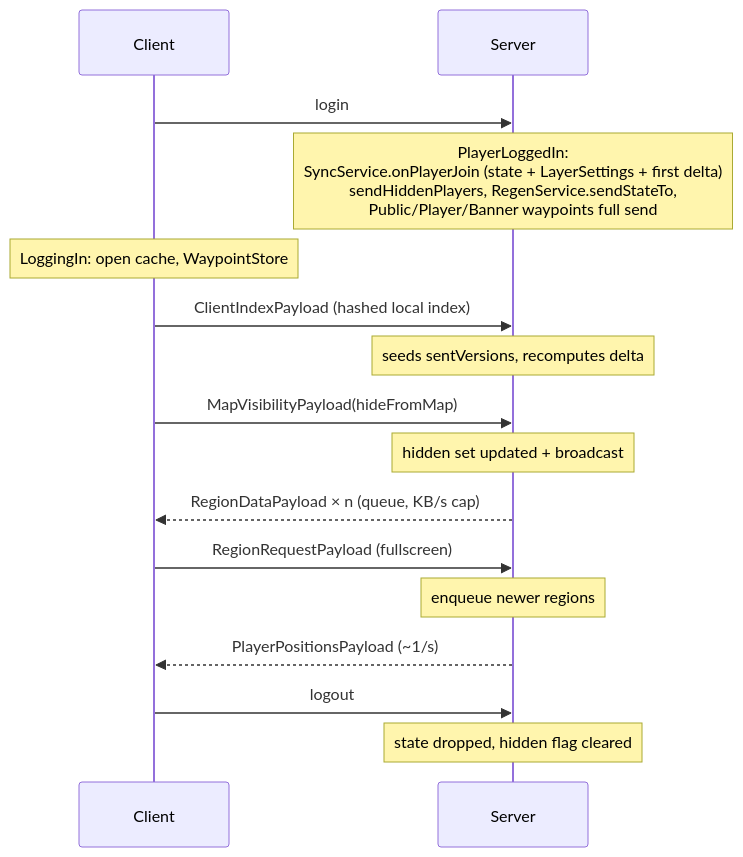
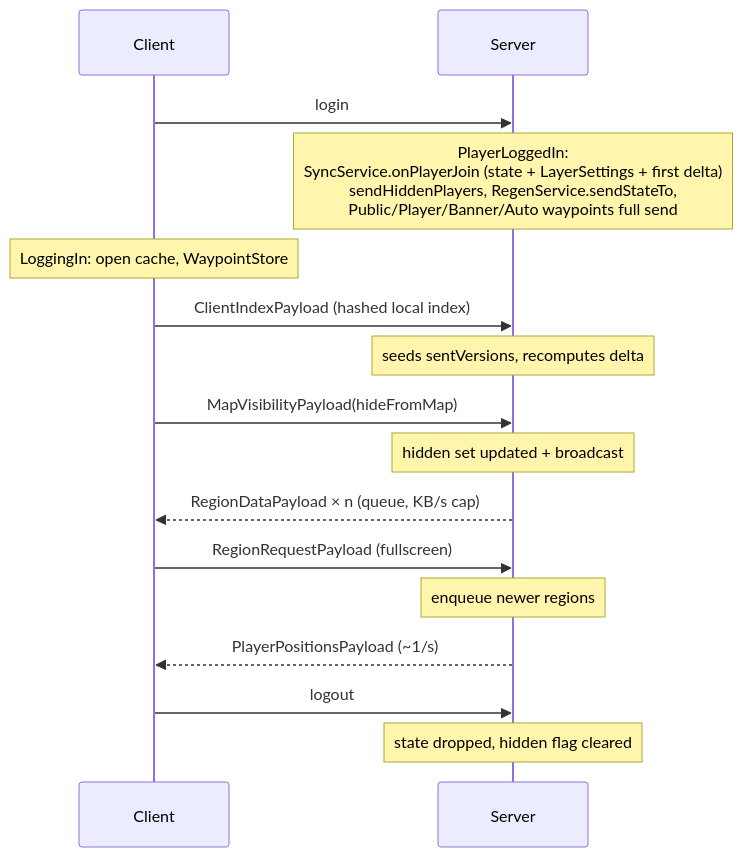
The diagram in docs/specs/03-sync-protocol.md (CheeseGrinder/shared-journey), drawn with Mermaid before and after one commit. The commit also changed other lines of this file and 37 other files, not shown here.

````diff
--- a/docs/specs/03-sync-protocol.md
+++ b/docs/specs/03-sync-protocol.md
@@ -9,18 +9,18 @@
 ```mermaid
 sequenceDiagram
     participant C as Client
     participant S as Server
     C->>S: login
-    Note over S: PlayerLoggedIn:<br/>SyncService.onPlayerJoin (state + LayerSettings + first delta)<br/>sendHiddenPlayers, RegenService.sendStateTo,<br/>Public/Player/Banner waypoints full send
+    Note over S: PlayerLoggedIn:<br/>SyncService.onPlayerJoin (state + LayerSettings + first delta)<br/>sendHiddenPlayers, RegenService.sendStateTo,<br/>Public/Player/Banner/Auto waypoints full send
     Note over C: LoggingIn: open cache, WaypointStore
     C->>S: ClientIndexPayload (hashed local index)
     Note over S: seeds sentVersions, recomputes delta
     C->>S: MapVisibilityPayload(hideFromMap)
     Note over S: hidden set updated + broadcast
     S-->>C: RegionDataPayload × n (queue, KB/s cap)
     C->>S: RegionRequestPayload (fullscreen)
     Note over S: enqueue newer regions
     S-->>C: PlayerPositionsPayload (~1/s)
     C->>S: logout
     Note over S: state dropped, hidden flag cleared
 ```
````
